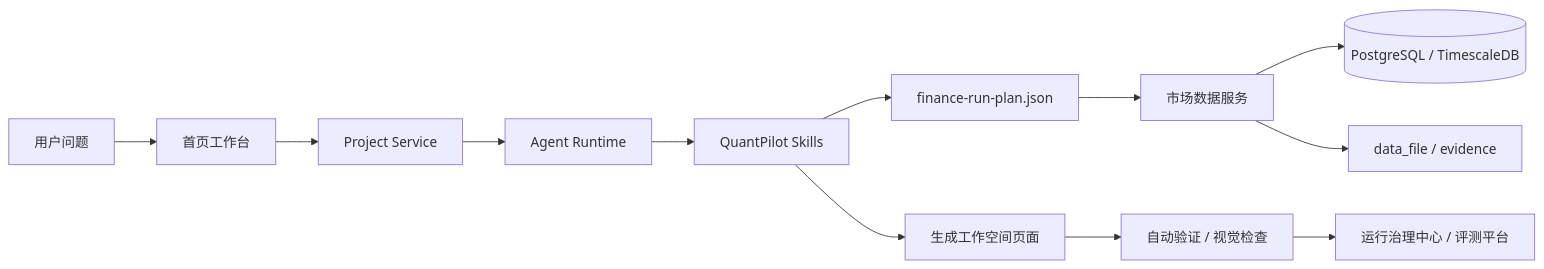
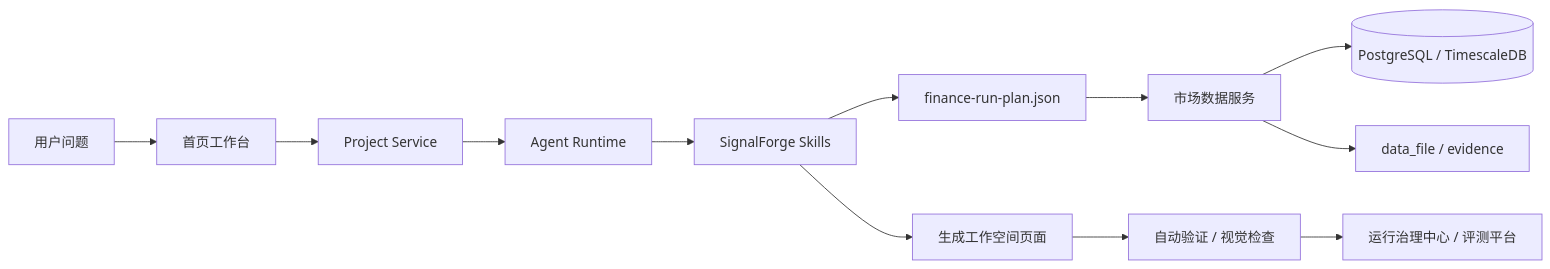
Before and after one commit to xbzz1018/SignalForge: the diagram in docs/internal-components.md, drawn with Mermaid. The commit also changed other lines of this file and 221 other files, not shown here.

Commit message:
refactor: unify SignalForge branding and focus the project showcase

````diff
--- a/docs/internal-components.md
+++ b/docs/internal-components.md
@@ -26,14 +26,14 @@
 ```mermaid
 flowchart LR
   U[用户问题] --> H[首页工作台]
   H --> P[Project Service]
   P --> A[Agent Runtime]
-  A --> S[QuantPilot Skills]
+  A --> S[SignalForge Skills]
   S --> RP[finance-run-plan.json]
   RP --> MD[市场数据服务]
   MD --> DB[(PostgreSQL / TimescaleDB)]
   MD --> DF[data_file / evidence]
   S --> WS[生成工作空间页面]
   WS --> V[自动验证 / 视觉检查]
   V --> OP[运行治理中心 / 评测平台]
 ```
````
